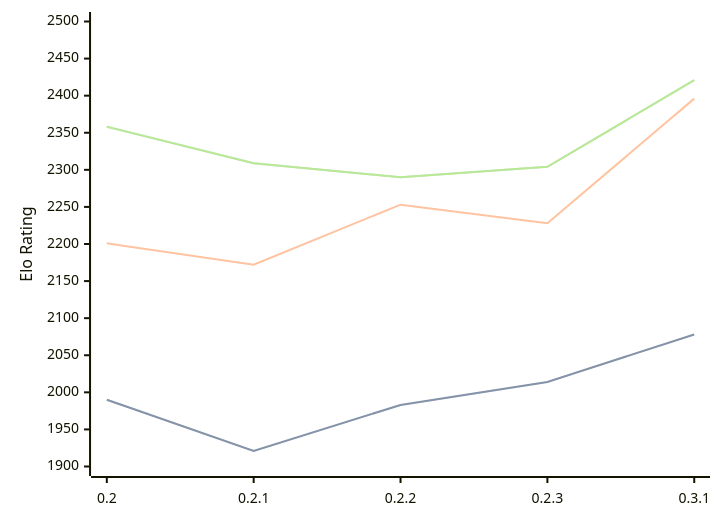
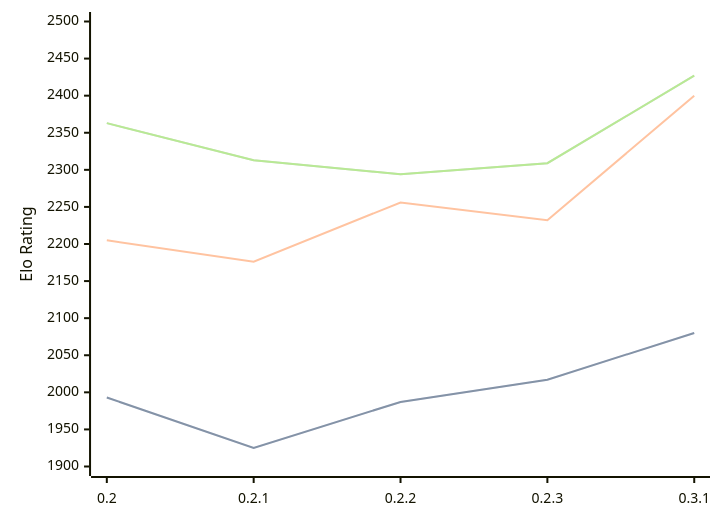
The diagram in engines/Lolbot.md (computer-chess-index/cci), drawn with Mermaid before and after one commit. The commit also changed other lines of this file, not shown here.

Commit message:
Update CCI Ratings (ELO VLTC) - 2026-08-18

````diff
--- a/engines/Lolbot.md
+++ b/engines/Lolbot.md
@@ -35,11 +35,11 @@
 ```mermaid
 %%{init: {"theme":"base","themeVariables":{"seriesColors:['#a3a3a3','#222221','#faa371']}}}%%
 xychart-beta
   x-axis ["0.2", "0.2.1", "0.2.2", "0.2.3", "0.3.1"]
   y-axis "Elo Rating" 1900 --> 2500
-  line "STC (8.0+0.08s)" [1990, 1921, 1983, 2014, 2078]
-  line "STC (8.0+0.08s)" [1990, 1921, 1983, 2014, 2078]
-  line "LTC (60.0+0.60s)" [2201, 2172, 2253, 2228, 2396]
-  line "VLTC (2m24s+1.12s)" [2358, 2309, 2290, 2304, 2421]
-  line "VLTC (2m24s+1.12s)" [2358, 2309, 2290, 2304, 2421]
+  line "STC (8.0+0.08s)" [1993, 1925, 1987, 2017, 2080]
+  line "STC (8.0+0.08s)" [1993, 1925, 1987, 2017, 2080]
+  line "LTC (60.0+0.60s)" [2205, 2176, 2256, 2232, 2400]
+  line "VLTC (2m24s+1.12s)" [2363, 2313, 2294, 2309, 2427]
+  line "VLTC (2m24s+1.12s)" [2363, 2313, 2294, 2309, 2427]
 ```
````
